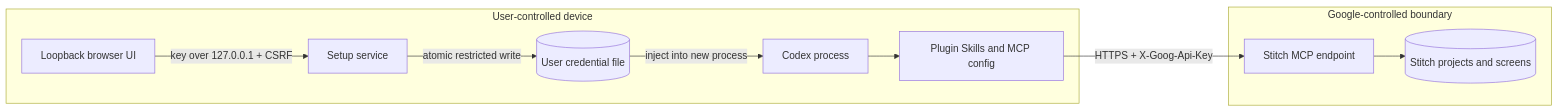
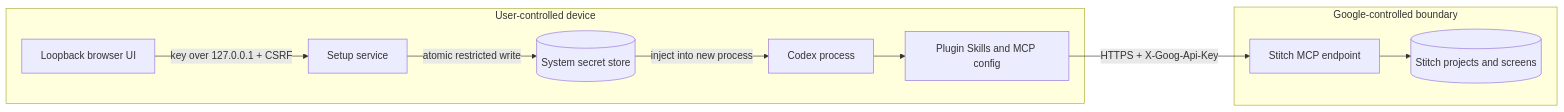
Before and after one commit to full-stack-plugins/stitch-design-plugin: the fourth of 11 diagrams in docs/Stitch-Design-Architecture.md, drawn with Mermaid. The commit also changed other lines of this file and 9 other files, not shown here.

````diff
--- a/docs/Stitch-Design-Architecture.md
+++ b/docs/Stitch-Design-Architecture.md
@@ -84,20 +85,20 @@
 ```mermaid
 flowchart LR
     subgraph Device["User-controlled device"]
       Browser["Loopback browser UI"]
       Setup["Setup service"]
-      Store[("User credential file")]
+      Store[("System secret store")]
       Codex["Codex process"]
       Plugin["Plugin Skills and MCP config"]
       Browser -->|"key over 127.0.0.1 + CSRF"| Setup
       Setup -->|"atomic restricted write"| Store
       Store -->|"inject into new process"| Codex
       Codex --> Plugin
     end
     subgraph Google["Google-controlled boundary"]
       MCP["Stitch MCP endpoint"]
       Data[("Stitch projects and screens")]
       MCP --> Data
     end
     Plugin -->|"HTTPS + X-Goog-Api-Key"| MCP
 ```
````
